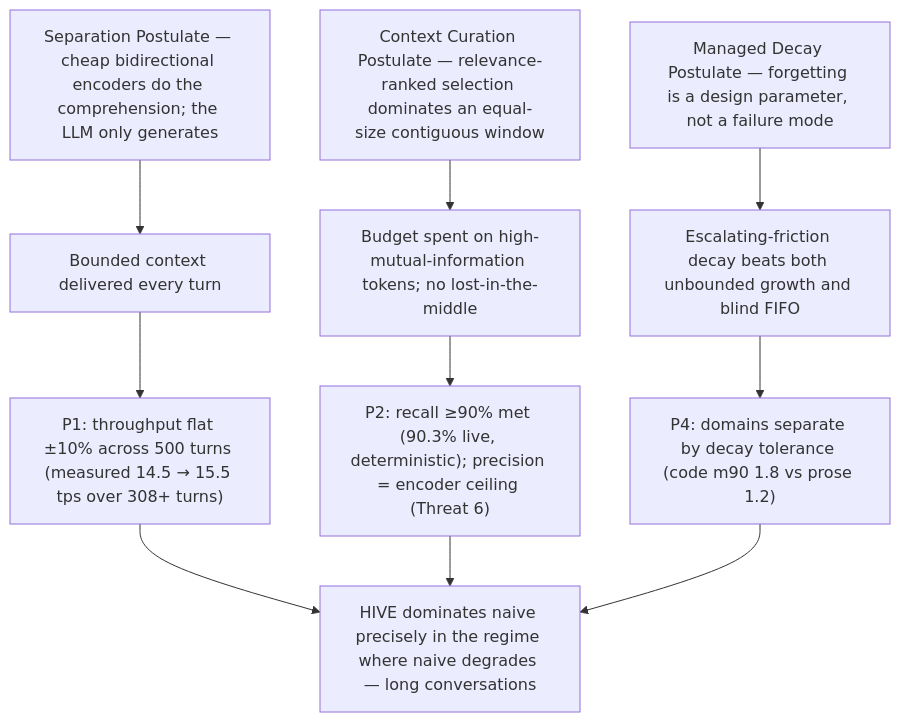
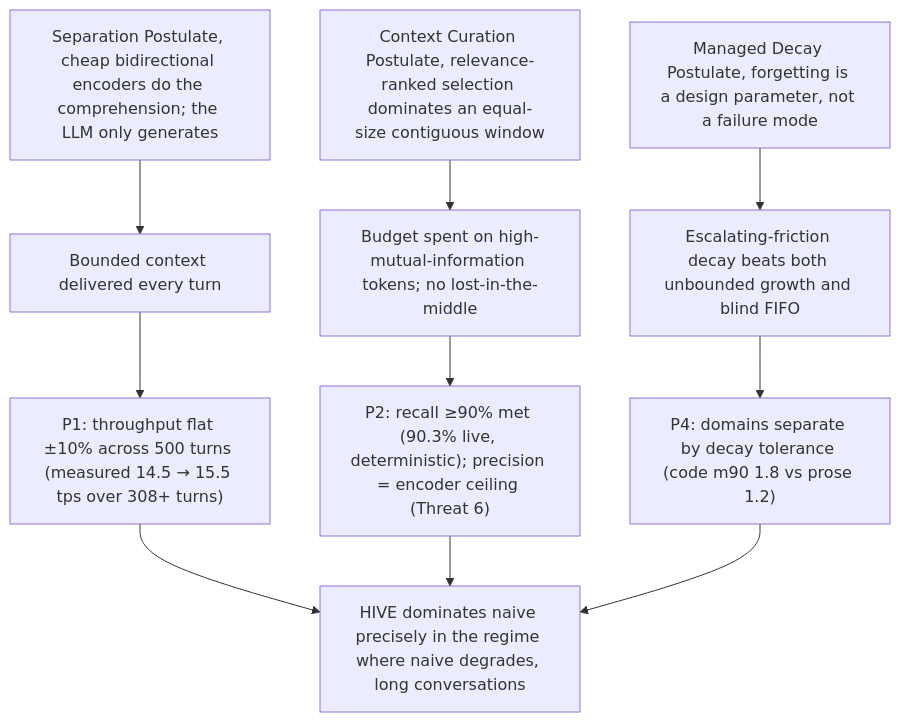
Before and after one commit to sky-is-green/hive-memory: the fifth of 6 diagrams in HIVE-WHITE-PAPER.md, drawn with Mermaid. The commit also changed other lines of this file and 3 other files, not shown here.

````diff
--- a/HIVE-WHITE-PAPER.md
+++ b/HIVE-WHITE-PAPER.md
@@ -230,12 +230,12 @@
 ```mermaid
 flowchart TB
-    S1["Separation Postulate — cheap bidirectional encoders do the comprehension; the LLM only generates"] --> B1["Bounded context delivered every turn"]
-    C1["Context Curation Postulate — relevance-ranked selection dominates an equal-size contiguous window"] --> B2["Budget spent on high-mutual-information tokens; no lost-in-the-middle"]
-    M1["Managed Decay Postulate — forgetting is a design parameter, not a failure mode"] --> B3["Escalating-friction decay beats both unbounded growth and blind FIFO"]
+    S1["Separation Postulate, cheap bidirectional encoders do the comprehension; the LLM only generates"] --> B1["Bounded context delivered every turn"]
+    C1["Context Curation Postulate, relevance-ranked selection dominates an equal-size contiguous window"] --> B2["Budget spent on high-mutual-information tokens; no lost-in-the-middle"]
+    M1["Managed Decay Postulate, forgetting is a design parameter, not a failure mode"] --> B3["Escalating-friction decay beats both unbounded growth and blind FIFO"]
     B1 --> O1["P1: throughput flat ±10% across 500 turns (measured 14.5 → 15.5 tps over 308+ turns)"]
     B2 --> O2["P2: recall ≥90% met (90.3% live, deterministic); precision = encoder ceiling (Threat 6)"]
     B3 --> O3["P4: domains separate by decay tolerance (code m90 1.8 vs prose 1.2)"]
-    O1 --> WIN["HIVE dominates naive precisely in the regime where naive degrades — long conversations"]
+    O1 --> WIN["HIVE dominates naive precisely in the regime where naive degrades, long conversations"]
     O2 --> WIN
     O3 --> WIN
 ```
````
